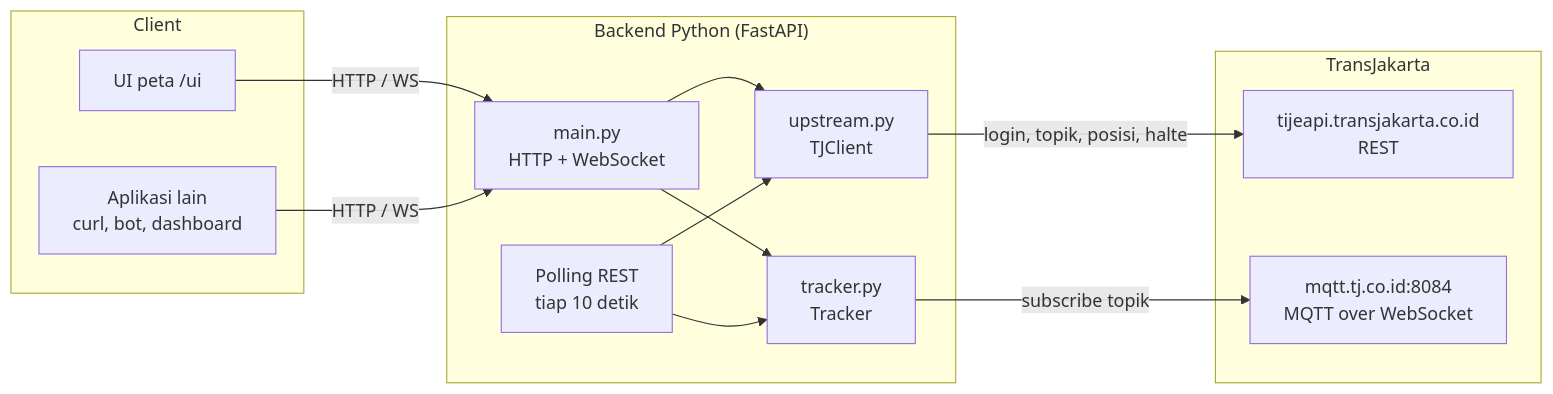
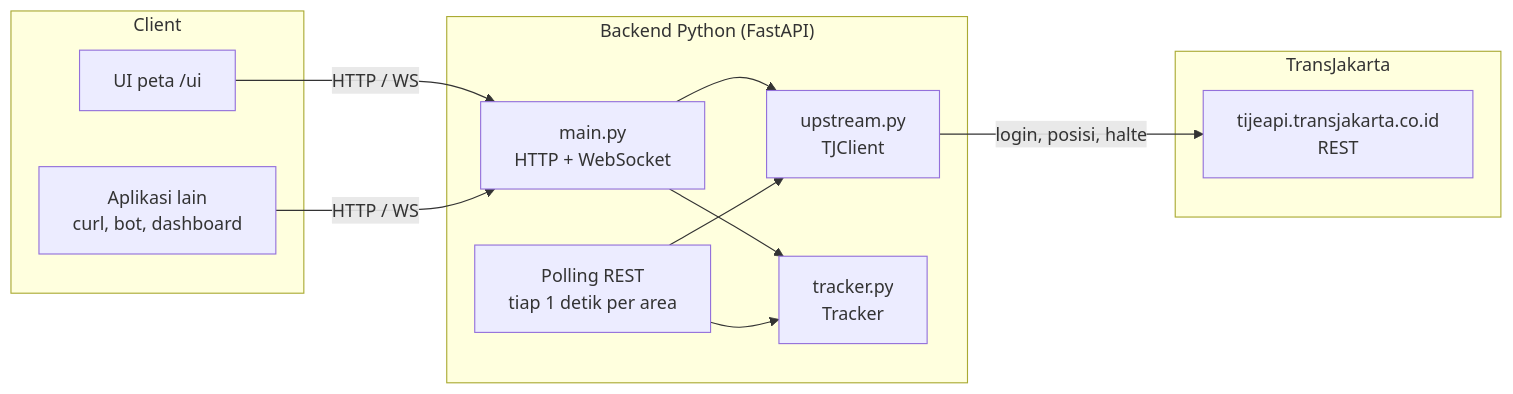
One commit to animemoeus/tije-api changed the diagram in docs/backend/01-gambaran-umum.md. Above: the diagram before and after it, drawn with Mermaid. The commit also changed other lines of this file and 18 other files, not shown here.

````diff
--- a/docs/backend/01-gambaran-umum.md
+++ b/docs/backend/01-gambaran-umum.md
@@ -11,28 +11,26 @@
 ```mermaid
 flowchart LR
     subgraph Client
         UI[UI peta /ui]
         Lain[Aplikasi lain<br/>curl, bot, dashboard]
     end
 
     subgraph Backend["Backend Python (FastAPI)"]
         API[main.py<br/>HTTP + WebSocket]
         TJ[upstream.py<br/>TJClient]
         TR[tracker.py<br/>Tracker]
-        POLL[Polling REST<br/>tiap 10 detik]
+        POLL[Polling REST<br/>tiap 1 detik per area]
     end
 
     subgraph TransJakarta
         TIJE[tijeapi.transjakarta.co.id<br/>REST]
-        MQTT[mqtt.tj.co.id:8084<br/>MQTT over WebSocket]
     end
 
     UI -- HTTP / WS --> API
     Lain -- HTTP / WS --> API
     API --> TJ
     API --> TR
     POLL --> TJ
     POLL --> TR
-    TJ -- login, topik, posisi, halte --> TIJE
-    TR -- subscribe topik --> MQTT
+    TJ -- login, posisi, halte --> TIJE
 ```
````
